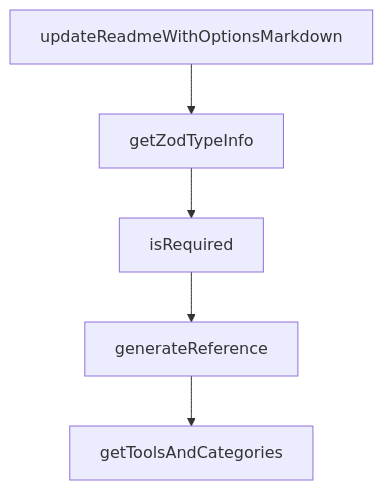
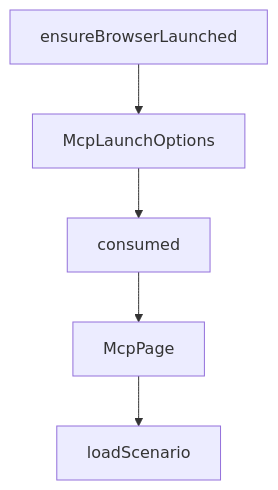
The diagram in tutorials/chrome-devtools-mcp-tutorial/06-troubleshooting-and-reliability-hardening.md (johnxie/awesome-code-docs), drawn with Mermaid before and after one commit. The commit also changed other lines of this file and 1232 other files, not shown here.

````diff
--- a/tutorials/chrome-devtools-mcp-tutorial/06-troubleshooting-and-reliability-hardening.md
+++ b/tutorials/chrome-devtools-mcp-tutorial/06-troubleshooting-and-reliability-hardening.md
@@ -212,12 +192,12 @@
 ```mermaid
 flowchart TD
-    A[updateReadmeWithOptionsMarkdown]
-    B[getZodTypeInfo]
-    C[isRequired]
-    D[generateReference]
-    E[getToolsAndCategories]
+    A[ensureBrowserLaunched]
+    B[McpLaunchOptions]
+    C[consumed]
+    D[McpPage]
+    E[loadScenario]
     A --> B
     B --> C
     C --> D
     D --> E
 ```
````
